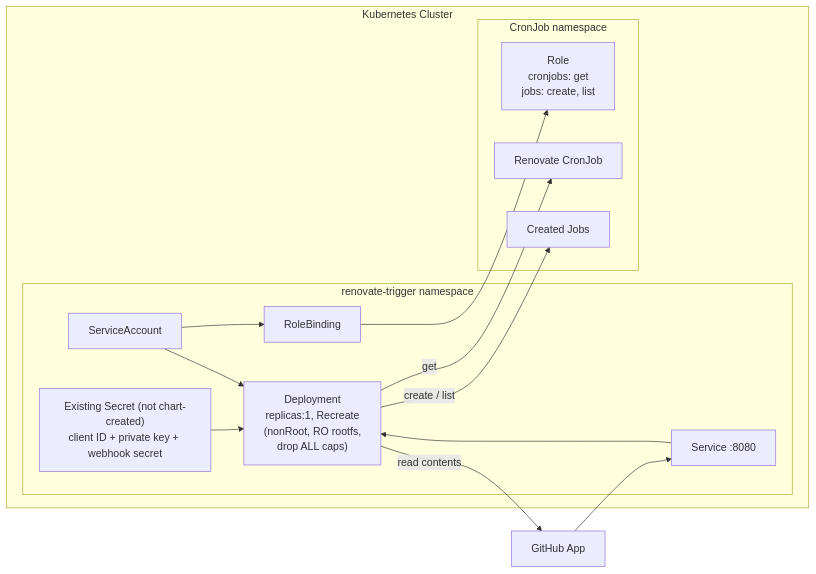
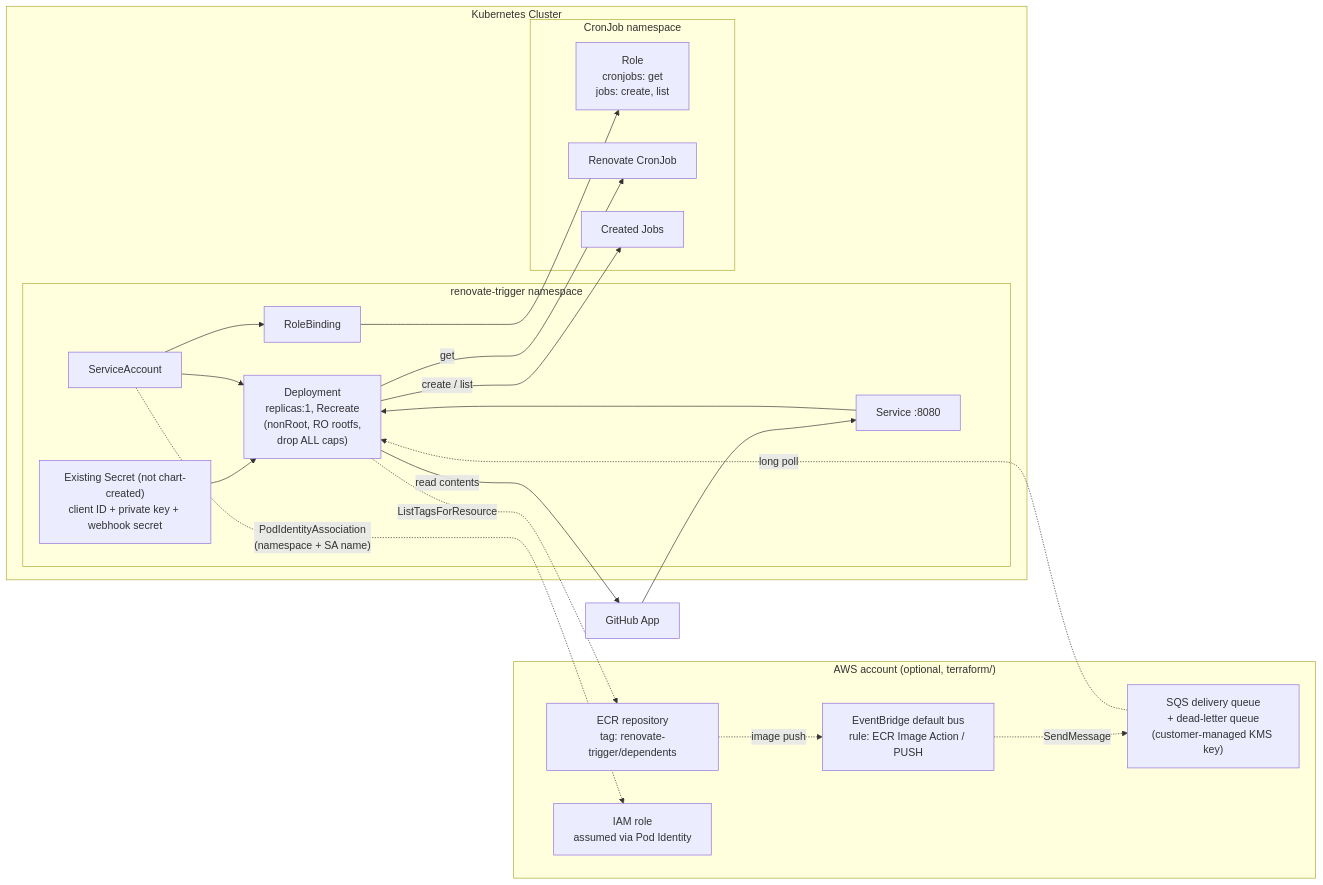
The ninth of 10 diagrams in WORKFLOWS.md (caseycs/renovate-trigger), drawn with Mermaid before and after one commit. The commit also changed other lines of this file and 46 other files, not shown here.

````diff
--- a/WORKFLOWS.md
+++ b/WORKFLOWS.md
@@ -267,24 +301,37 @@
 ```mermaid
 flowchart LR
     subgraph cluster[Kubernetes Cluster]
         subgraph nsapp[renovate-trigger namespace]
             DEP["Deployment<br/>replicas:1, Recreate<br/>(nonRoot, RO rootfs,<br/>drop ALL caps)"]
             SVC[Service :8080]
             SA[ServiceAccount]
             SEC["Existing Secret (not chart-created)<br/>client ID + private key + webhook secret"]
             RB[RoleBinding]
         end
         subgraph nscron[CronJob namespace]
             ROLE["Role<br/>cronjobs: get<br/>jobs: create, list"]
             CRON[Renovate CronJob]
             NEWJOB[Created Jobs]
         end
     end
+    subgraph aws["AWS account (optional, terraform/)"]
+        ECRREPO["ECR repository<br/>tag: renovate-trigger/dependents"]
+        EB["EventBridge default bus<br/>rule: ECR Image Action / PUSH"]
+        QUEUE["SQS delivery queue<br/>+ dead-letter queue<br/>(customer-managed KMS key)"]
+        IAMROLE["IAM role<br/>assumed via Pod Identity"]
+    end
+
     GHAPP[GitHub App] --> SVC --> DEP
     SEC --> DEP
     DEP -- "read contents" --> GHAPP
     SA --> DEP
     SA --> RB --> ROLE
     DEP -- "get" --> CRON
     DEP -- "create / list" --> NEWJOB
+
+    ECRREPO -. "image push" .-> EB
+    EB -. "SendMessage" .-> QUEUE
+    QUEUE -. "long poll" .-> DEP
+    SA -. "PodIdentityAssociation<br/>(namespace + SA name)" .-> IAMROLE
+    DEP -. "ListTagsForResource" .-> ECRREPO
 ```
````
